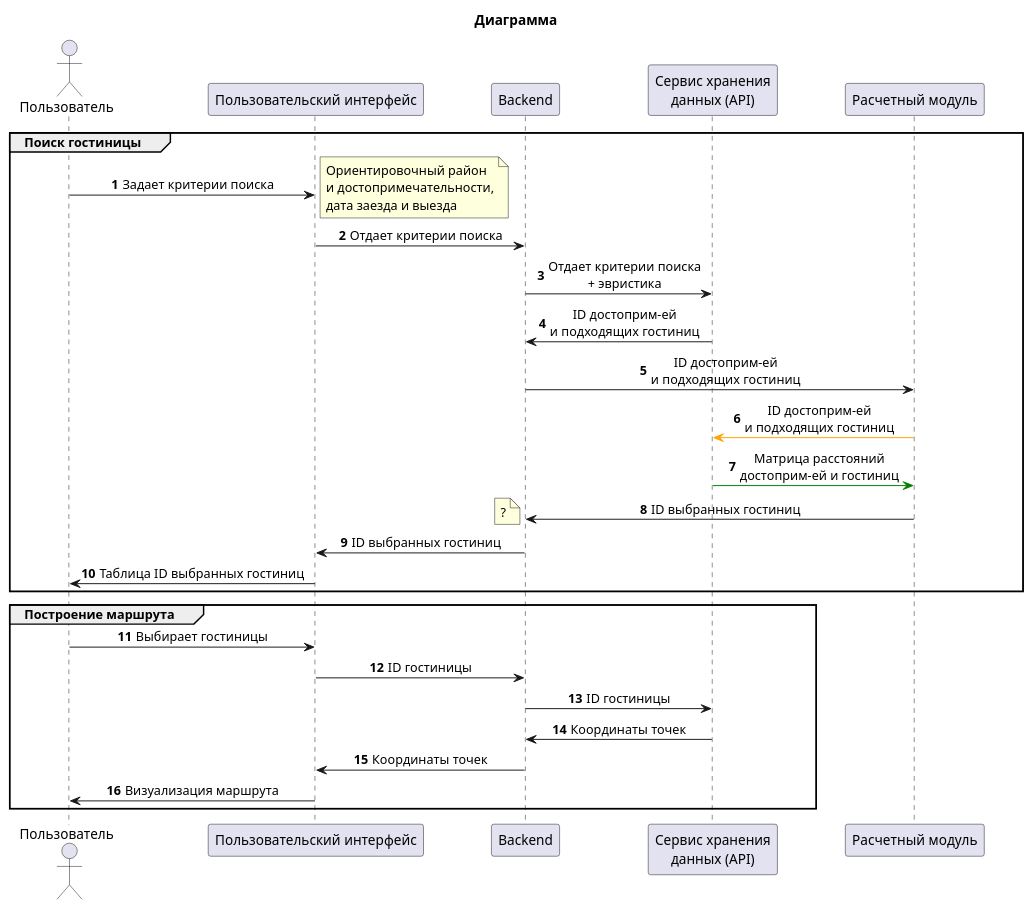
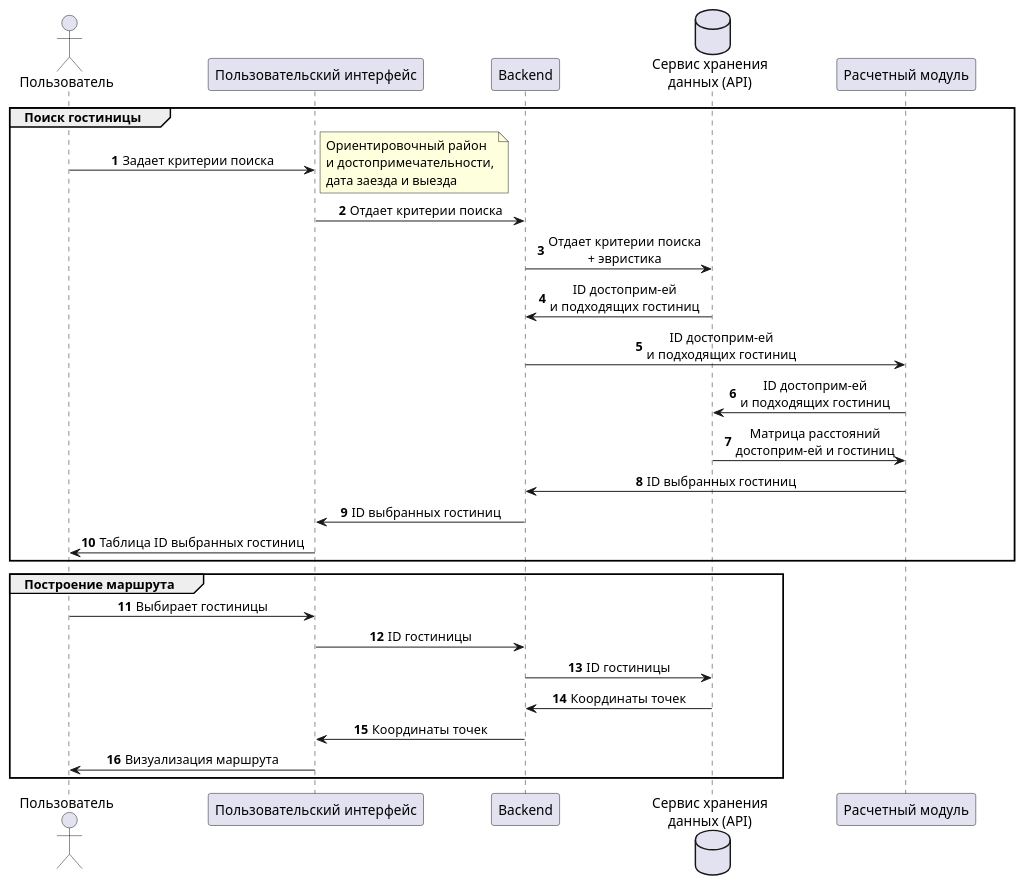
One commit to Denis-Sukharev/hotel-search-system changed the diagram in diagrams/general.plantuml. Above: the diagram before and after it, drawn with PlantUML.

Commit message:
Общая схема взаимодействия компонентов системы

```diff
--- a/diagrams/general.plantuml
+++ b/diagrams/general.plantuml
@@ -1,39 +1,36 @@
 @startuml логика_системы
 autonumber
 skinparam sequence {
     MessageAlignment center
     ParticipantPadding 30
 } 
 Actor "Пользователь" as user order 1
 participant "Пользовательский интерфейс" as ui order 2
 participant "Backend" as backend order 3
-participant "Сервис хранения\nданных (API)" as db_api order 4 
+database "Сервис хранения\nданных (API)" as db_api order 4 
 participant "Расчетный модуль" as module order 5
-
-title Диаграмма
 
 Group Поиск гостиницы
     user -> ui : Задает критерии поиска
     note right: Ориентировочный район\nи достопримечательности,\nдата заезда и выезда
     ui -> backend : Отдает критерии поиска
     backend -> db_api : Отдает критерии поиска\n+ эвристика
     backend <- db_api : ID достоприм-ей\nи подходящих гостиниц
     backend -> module : ID достоприм-ей\nи подходящих гостиниц
-    module -[#Orange]> db_api : ID достоприм-ей\nи подходящих гостиниц
-    db_api -[#green]> module : Матрица расстояний\nдостоприм-ей и гостиниц
+    module -> db_api : ID достоприм-ей\nи подходящих гостиниц
+    db_api -> module : Матрица расстояний\nдостоприм-ей и гостиниц
     module -> backend : ID выбранных гостиниц
-    note left: ?
     backend -> ui : ID выбранных гостиниц
     ui -> user : Таблица ID выбранных гостиниц
 end
 
 Group Построение маршрута
     user -> ui : Выбирает гостиницы
     ui -> backend : ID гостиницы
     backend -> db_api : ID гостиницы
     backend <- db_api : Координаты точек
     ui <- backend : Координаты точек
     user <- ui : Визуализация маршрута
 end
 
 @enduml
```
